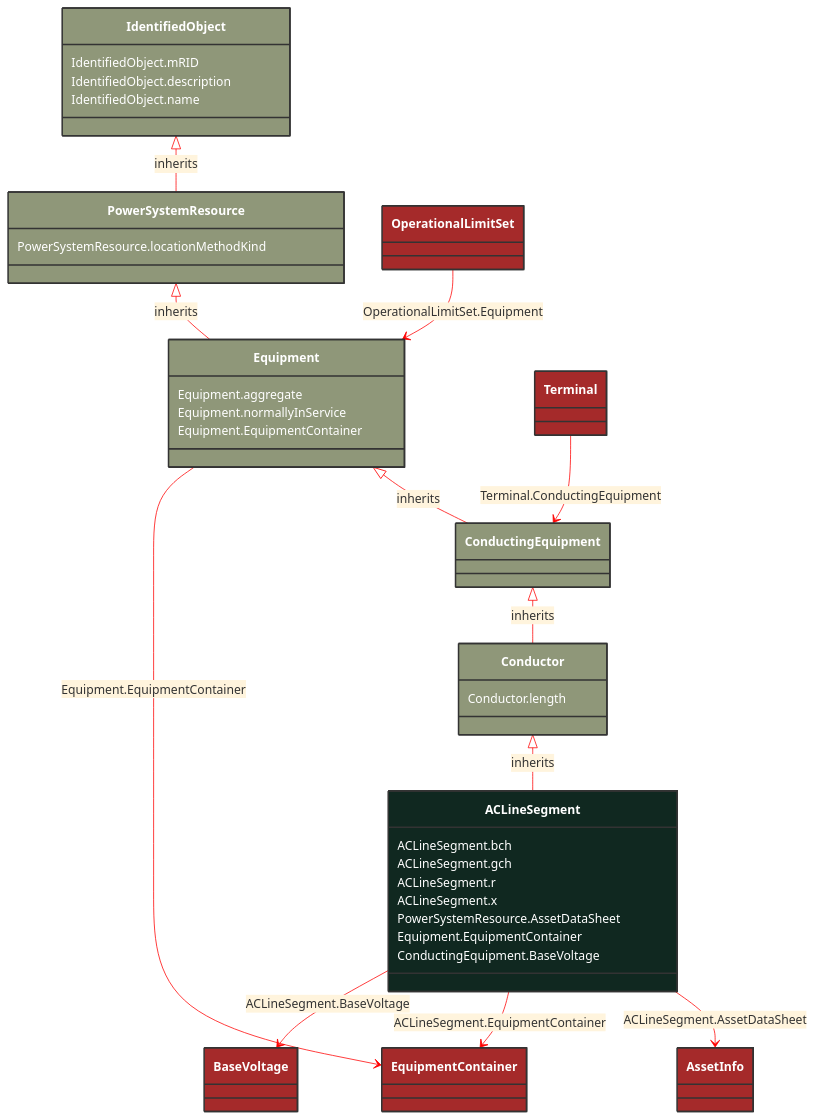
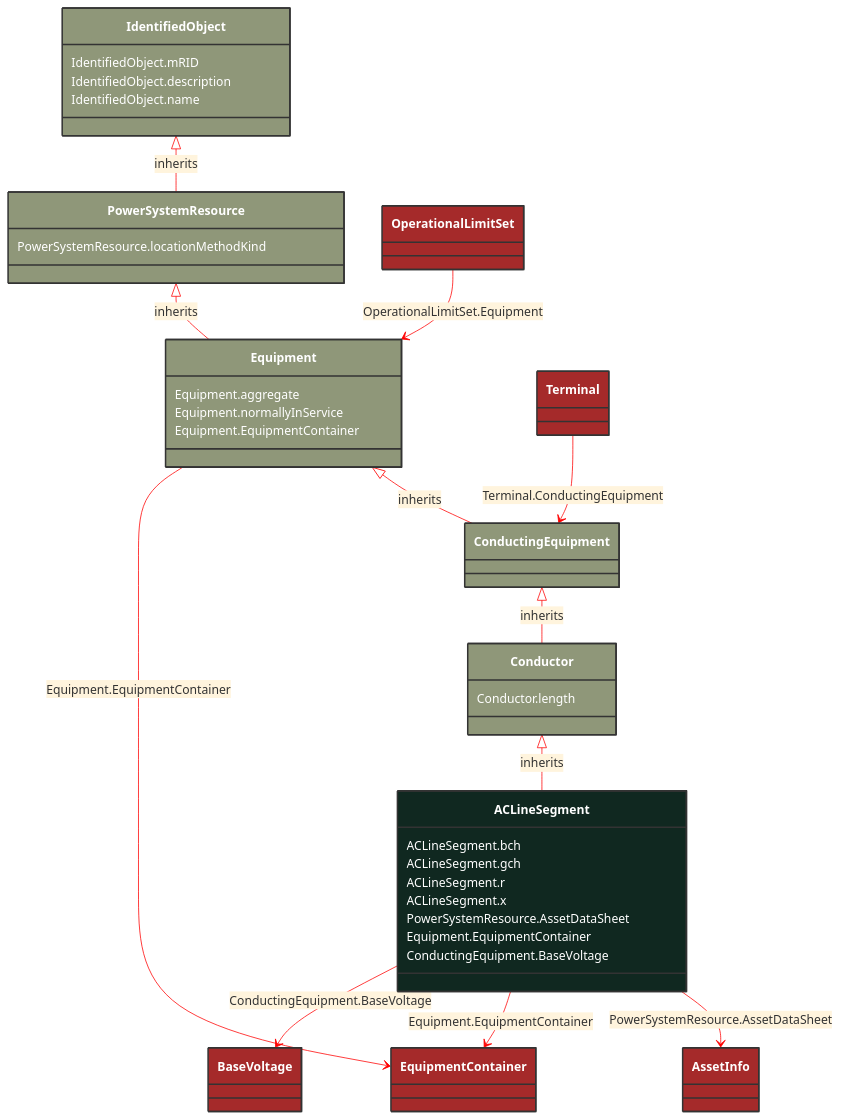
One commit to 3lbits/NoCIMExtensions changed the diagram in docs/Models/Profiles/Telemark-120Equipment/ConcreteClasses/ACLineSegment.md. Above: the diagram before and after it, drawn with Mermaid. The commit also changed 248 other files, not shown here.

````diff
--- a/docs/Models/Profiles/Telemark-120Equipment/ConcreteClasses/ACLineSegment.md
+++ b/docs/Models/Profiles/Telemark-120Equipment/ConcreteClasses/ACLineSegment.md
@@ -8,77 +8,77 @@
 ```mermaid
 %%{init: {'theme':'base','themeVariables': {'lineColor': '#FF0000'}}}%%
 classDiagram
     class ACLineSegment
     click ACLineSegment href "/Models/Profiles/Telemark-120Equipment/ConcreteClasses/ACLineSegment/"
     style ACLineSegment fill:#102820,stroke:#333,stroke-width:2px,rx:10,ry:10,color:white
      
         Conductor <|-- ACLineSegment : inherits
             click Conductor href "/Models/Profiles/Telemark-120Equipment/AbstractClasses/Conductor/"
             style Conductor fill:#8F9779,stroke:#333,stroke-width:2px,rx:10,ry:10,color:white
      
         ConductingEquipment <|-- Conductor : inherits
             click ConductingEquipment href "/Models/Profiles/Telemark-120Equipment/AbstractClasses/ConductingEquipment/"
             style ConductingEquipment fill:#8F9779,stroke:#333,stroke-width:2px,rx:10,ry:10,color:white
      
         Equipment <|-- ConductingEquipment : inherits
             click Equipment href "/Models/Profiles/Telemark-120Equipment/AbstractClasses/Equipment/"
             style Equipment fill:#8F9779,stroke:#333,stroke-width:2px,rx:10,ry:10,color:white
      
         PowerSystemResource <|-- Equipment : inherits
             click PowerSystemResource href "/Models/Profiles/Telemark-120Equipment/AbstractClasses/PowerSystemResource/"
             style PowerSystemResource fill:#8F9779,stroke:#333,stroke-width:2px,rx:10,ry:10,color:white
      
         IdentifiedObject <|-- PowerSystemResource : inherits
             click IdentifiedObject href "/Models/Profiles/Telemark-120Equipment/AbstractClasses/IdentifiedObject/"
             style IdentifiedObject fill:#8F9779,stroke:#333,stroke-width:2px,rx:10,ry:10,color:white
 
-        ACLineSegment --> AssetInfo : ACLineSegment.AssetDataSheet
+        ACLineSegment --> AssetInfo : PowerSystemResource.AssetDataSheet
 
         AssetInfo
             click AssetInfo href "/Models/Profiles/Telemark-120Equipment/ConcreteClasses/AssetInfo/"
             style AssetInfo fill:#A52A2A,stroke:#333,stroke-width:2px,rx:10,ry:10,color:white
-        ACLineSegment --> EquipmentContainer : ACLineSegment.EquipmentContainer
+        ACLineSegment --> EquipmentContainer : Equipment.EquipmentContainer
 
         EquipmentContainer
-            click EquipmentContainer href "/Models/Profiles/Telemark-120Equipment/ConcreteClasses/EquipmentContainer/"
+            click EquipmentContainer href "/Models/Profiles/Telemark-120Equipment/AbstractClasses/EquipmentContainer/"
             style EquipmentContainer fill:#A52A2A,stroke:#333,stroke-width:2px,rx:10,ry:10,color:white
-        ACLineSegment --> BaseVoltage : ACLineSegment.BaseVoltage
+        ACLineSegment --> BaseVoltage : ConductingEquipment.BaseVoltage
 
         BaseVoltage
             click BaseVoltage href "/Models/Profiles/Telemark-120Equipment/ConcreteClasses/BaseVoltage/"
             style BaseVoltage fill:#A52A2A,stroke:#333,stroke-width:2px,rx:10,ry:10,color:white
         Equipment --> EquipmentContainer : Equipment.EquipmentContainer
 
         EquipmentContainer
-            click EquipmentContainer href "/Models/Profiles/Telemark-120Equipment/ConcreteClasses/EquipmentContainer/"
+            click EquipmentContainer href "/Models/Profiles/Telemark-120Equipment/AbstractClasses/EquipmentContainer/"
             style EquipmentContainer fill:#A52A2A,stroke:#333,stroke-width:2px,rx:10,ry:10,color:white
 
         OperationalLimitSet --> Equipment : OperationalLimitSet.Equipment
 
         OperationalLimitSet
             click OperationalLimitSet href "/Models/Profiles/Telemark-120Equipment/ConcreteClasses/OperationalLimitSet/"
             style OperationalLimitSet fill:#A52A2A,stroke:#333,stroke-width:2px,rx:10,ry:10,color:white
 
         Terminal --> ConductingEquipment : Terminal.ConductingEquipment
 
         Terminal
             click Terminal href "/Models/Profiles/Telemark-120Equipment/ConcreteClasses/Terminal/"
             style Terminal fill:#A52A2A,stroke:#333,stroke-width:2px,rx:10,ry:10,color:white
 
 
         ACLineSegment : ACLineSegment.bch
         ACLineSegment : ACLineSegment.gch
         ACLineSegment : ACLineSegment.r
         ACLineSegment : ACLineSegment.x
         ACLineSegment : PowerSystemResource.AssetDataSheet
         ACLineSegment : Equipment.EquipmentContainer
         ACLineSegment : ConductingEquipment.BaseVoltage
         Conductor : Conductor.length
         Equipment : Equipment.aggregate
         Equipment : Equipment.normallyInService
         Equipment : Equipment.EquipmentContainer
         PowerSystemResource : PowerSystemResource.locationMethodKind
         IdentifiedObject : IdentifiedObject.mRID
         IdentifiedObject : IdentifiedObject.description
         IdentifiedObject : IdentifiedObject.name
 ```
````
